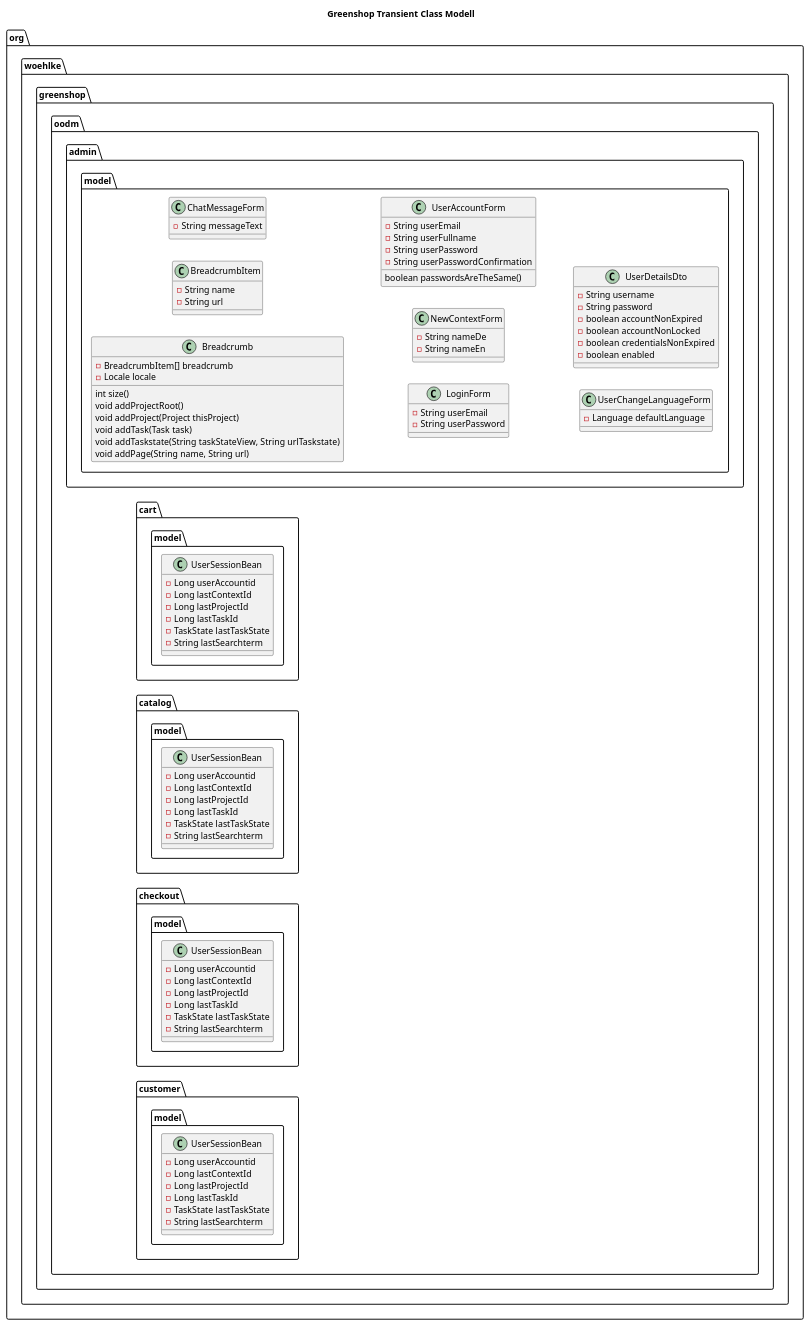
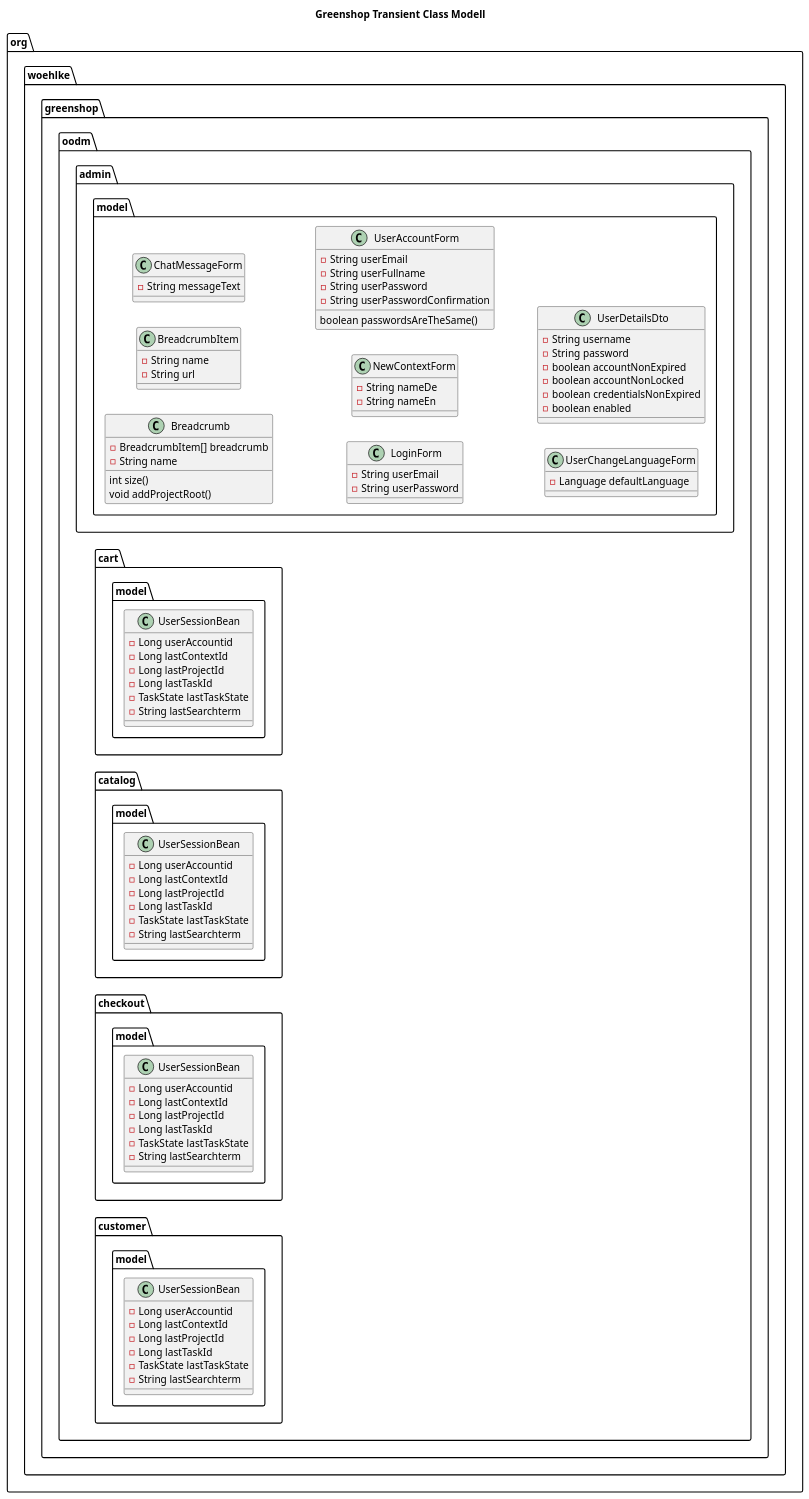
The diagram in src/main/plantuml/Simpleworklist__Domain_Class_Modell_Transient.puml (Spring-Framework-Java-Apps/greenshop), drawn with PlantUML before and after one commit. The commit also changed 1 other file, not shown here.

```diff
--- a/src/main/plantuml/Simpleworklist__Domain_Class_Modell_Transient.puml
+++ b/src/main/plantuml/Simpleworklist__Domain_Class_Modell_Transient.puml
@@ -1,110 +1,106 @@
 @startuml
 
 title Greenshop Transient Class Modell
 'https://plantuml.com/class-diagram
 
 left to right direction
 'top to bottom direction
 
 scale 1200 width
 
 package org.woehlke.greenshop.oodm {
 
     package org.woehlke.greenshop.oodm.admin.model {
 
         class Breadcrumb {
           - BreadcrumbItem[] breadcrumb
-          - Locale locale
+          - String name
           int size()
           void addProjectRoot()
-          void addProject(Project thisProject)
-          void addTask(Task task)
-          void addTaskstate(String taskStateView, String urlTaskstate)
-          void addPage(String name, String url)
         }
         class BreadcrumbItem {
           - String name
           - String url
         }
         class ChatMessageForm {
           - String messageText
         }
         class LoginForm {
           - String userEmail
           - String userPassword
         }
         class NewContextForm {
           - String nameDe
           - String nameEn
         }
         class UserAccountForm {
           - String userEmail
           - String userFullname
           - String userPassword
           - String userPasswordConfirmation
           boolean passwordsAreTheSame()
         }
         class UserChangeLanguageForm {
         - Language defaultLanguage
         }
         class UserDetailsDto {
           - String username
           - String password
           - boolean accountNonExpired
           - boolean accountNonLocked
           - boolean credentialsNonExpired
           - boolean enabled
         }
       }
 
     package org.woehlke.greenshop.oodm.cart.model {
 
         class UserSessionBean {
           - Long userAccountid
           - Long lastContextId
           - Long lastProjectId
           - Long lastTaskId
           - TaskState lastTaskState
           - String lastSearchterm
         }
 
         ' Breadcrumb "one" o--> "many"  BreadcrumbItem
     }
 
     package org.woehlke.greenshop.oodm.catalog.model {
         class UserSessionBean {
           - Long userAccountid
           - Long lastContextId
           - Long lastProjectId
           - Long lastTaskId
           - TaskState lastTaskState
           - String lastSearchterm
         }
     }
 
     package org.woehlke.greenshop.oodm.checkout.model {
         class UserSessionBean {
           - Long userAccountid
           - Long lastContextId
           - Long lastProjectId
           - Long lastTaskId
           - TaskState lastTaskState
           - String lastSearchterm
         }
     }
 
     package org.woehlke.greenshop.oodm.customer.model {
 
         class UserSessionBean {
           - Long userAccountid
           - Long lastContextId
           - Long lastProjectId
           - Long lastTaskId
           - TaskState lastTaskState
           - String lastSearchterm
         }
     }
 
 }
 
 @enduml
```
